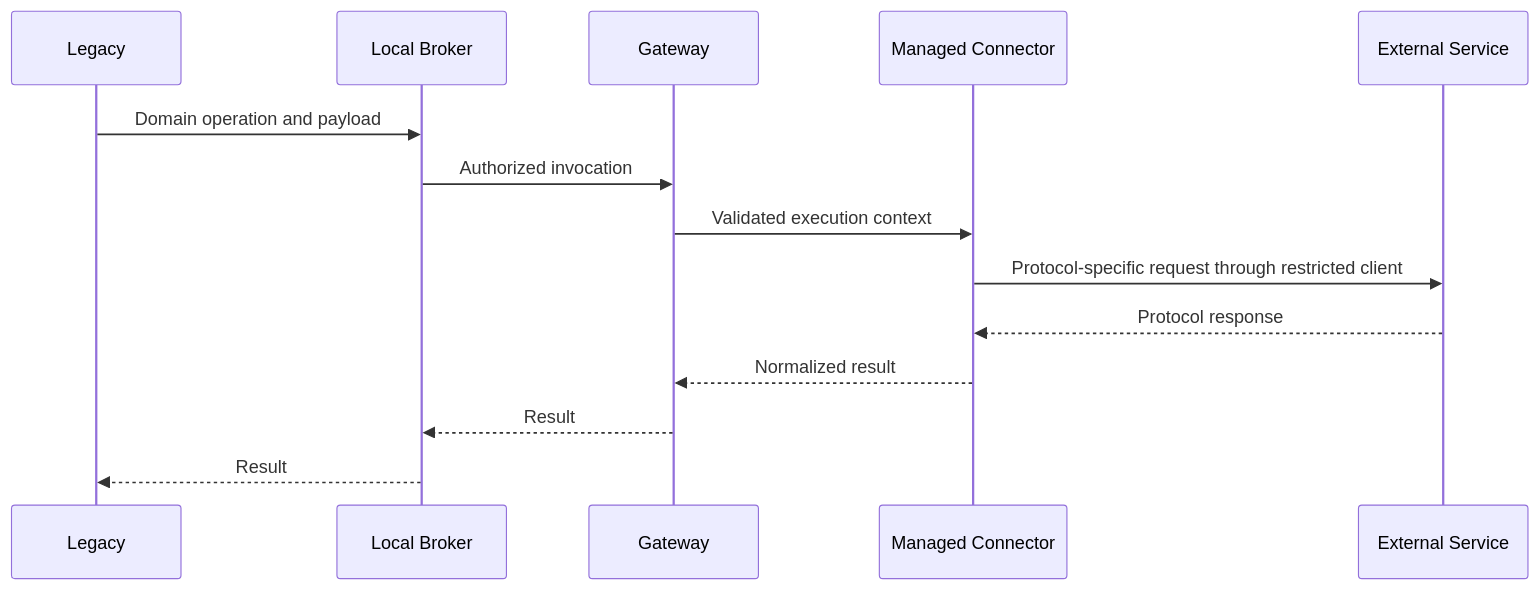
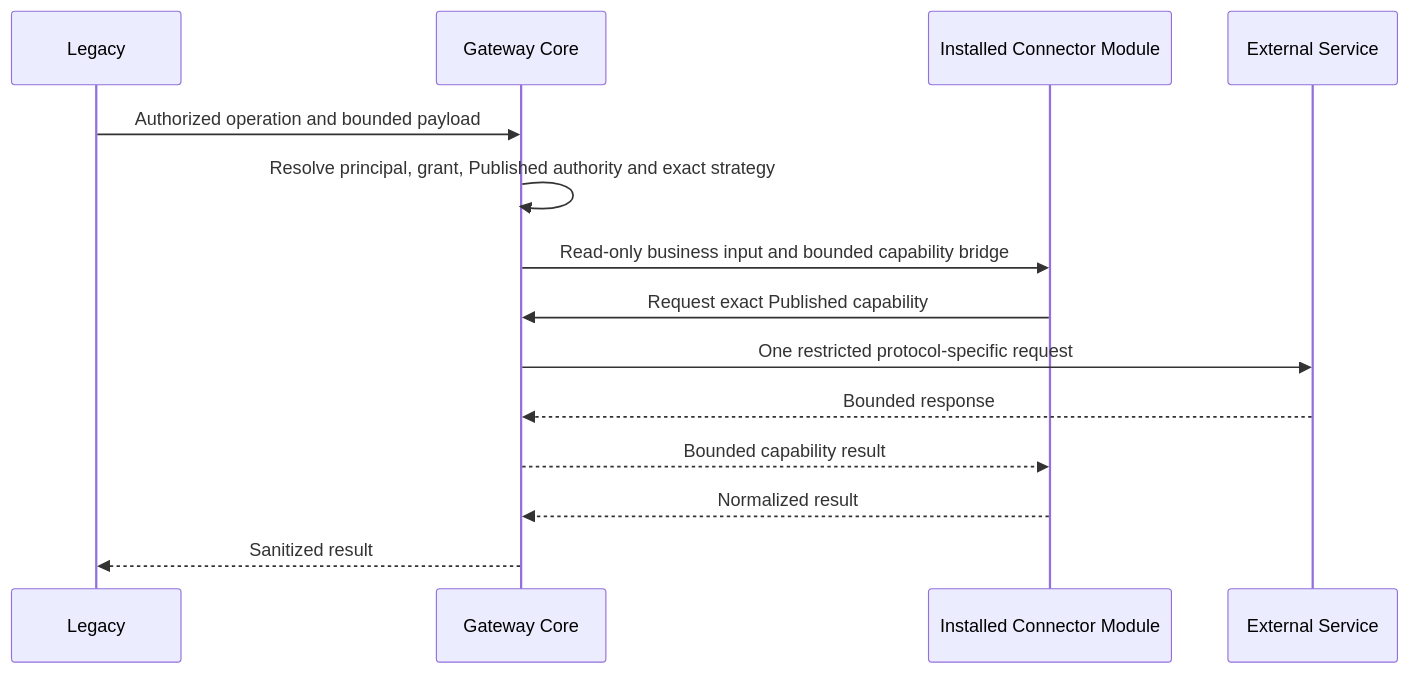
One commit to marcobiz/secure-integration-platform changed diagram 11 of 12 in docs/architecture/sequence-diagrams.md. Above: the diagram before and after it, drawn with Mermaid. The commit also changed other lines of this file and 17 other files, not shown here.

Commit message:
docs(alpha): reconcile architecture security and deployment truth

````diff
--- a/docs/architecture/sequence-diagrams.md
+++ b/docs/architecture/sequence-diagrams.md
@@ -171,16 +181,16 @@
 ```mermaid
 sequenceDiagram
   participant L as Legacy
-  participant B as Local Broker
-  participant G as Gateway
-  participant C as Managed Connector
+  participant G as Gateway Core
+  participant C as Installed Connector Module
   participant E as External Service
-  L->>B: Domain operation and payload
-  B->>G: Authorized invocation
-  G->>C: Validated execution context
-  C->>E: Protocol-specific request through restricted client
-  E-->>C: Protocol response
+  L->>G: Authorized operation and bounded payload
+  G->>G: Resolve principal, grant, Published authority and exact strategy
+  G->>C: Read-only business input and bounded capability bridge
+  C->>G: Request exact Published capability
+  G->>E: One restricted protocol-specific request
+  E-->>G: Bounded response
+  G-->>C: Bounded capability result
   C-->>G: Normalized result
-  G-->>B: Result
-  B-->>L: Result
+  G-->>L: Sanitized result
 ```
````
